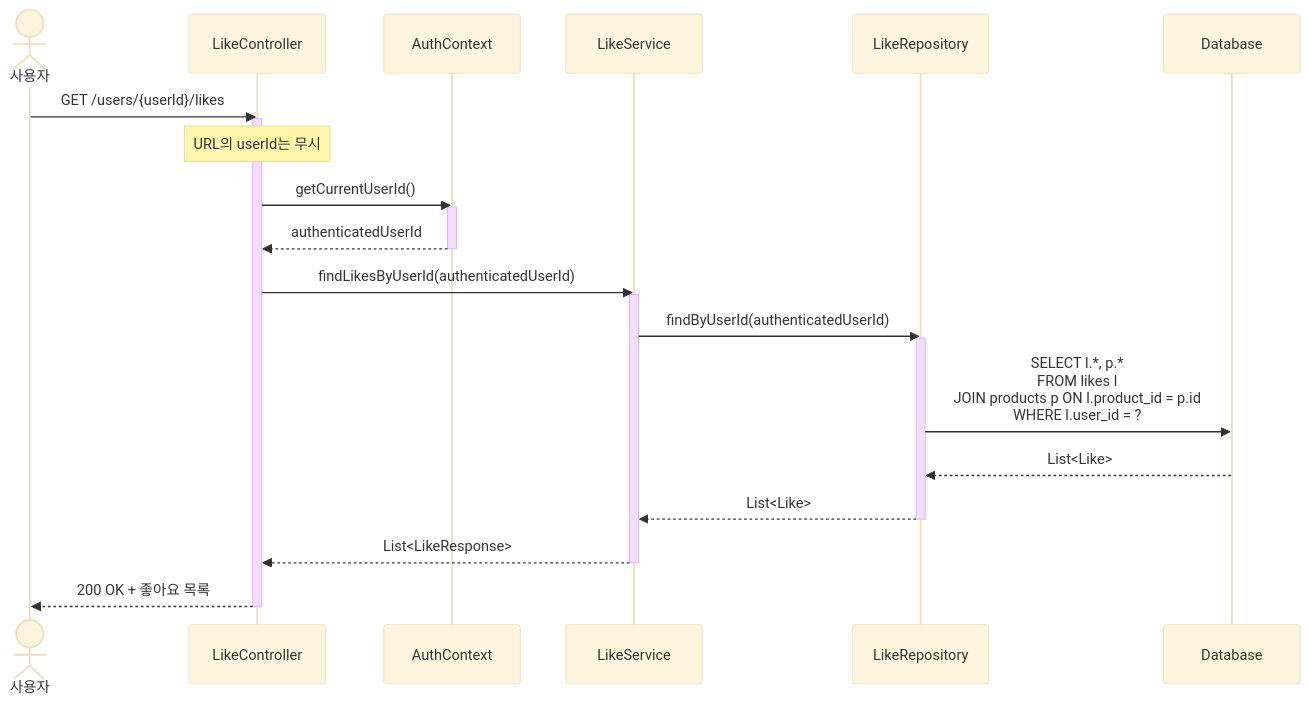
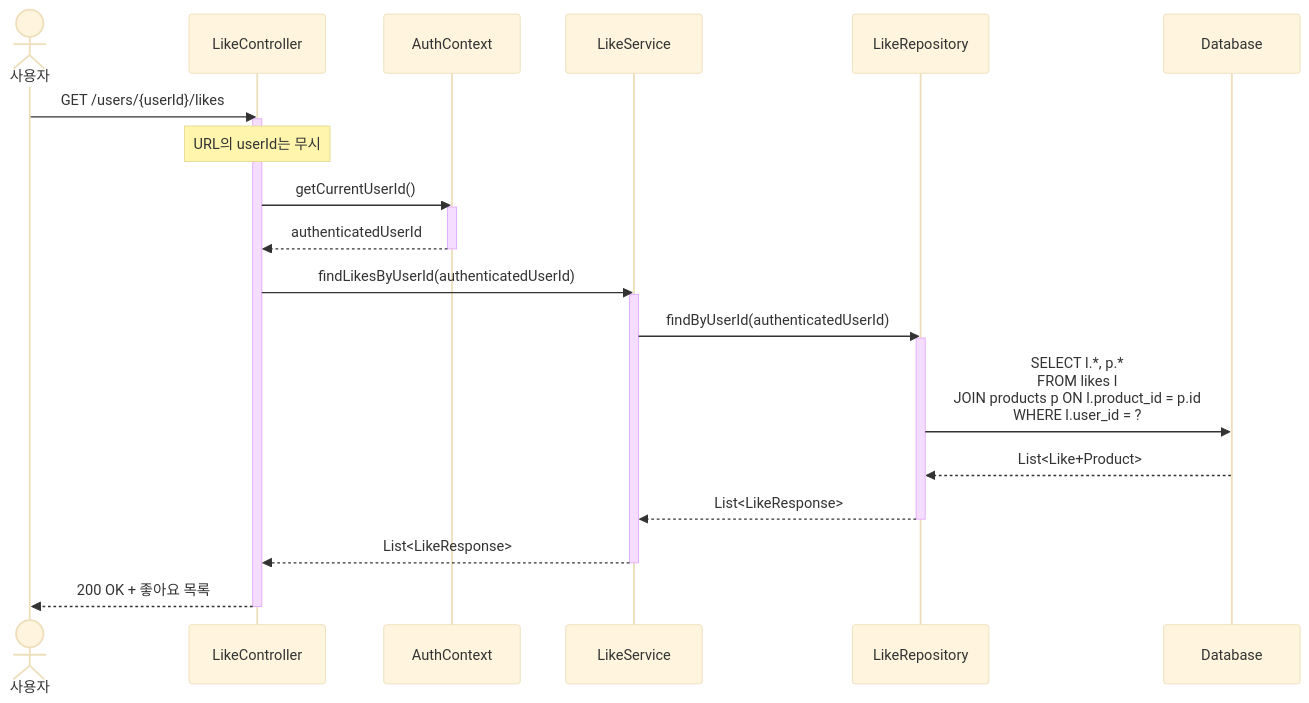
The fourth of 6 diagrams in docs/design/좋아요/02-sequence-diagrams.md (katiekim17/loop-pack-be-l2-vol3-java), drawn with Mermaid (base theme) before and after one commit. The commit also changed other lines of this file and 17 other files, not shown here.

````diff
--- a/docs/design/좋아요/02-sequence-diagrams.md
+++ b/docs/design/좋아요/02-sequence-diagrams.md
@@ -202,35 +228,35 @@
 ```mermaid
 sequenceDiagram
     actor User as 사용자
     participant API as LikeController
     participant Auth as AuthContext
     participant Service as LikeService
     participant Repo as LikeRepository
     participant DB as Database
 
     User->>API: GET /users/{userId}/likes
     activate API
     
     Note over API: URL의 userId는 무시
     
     API->>Auth: getCurrentUserId()
     activate Auth
     Auth-->>API: authenticatedUserId
     deactivate Auth
     
     API->>Service: findLikesByUserId(authenticatedUserId)
     activate Service
     
     Service->>Repo: findByUserId(authenticatedUserId)
     activate Repo
     Repo->>DB: SELECT l.*, p.*<br/>FROM likes l<br/>JOIN products p ON l.product_id = p.id<br/>WHERE l.user_id = ?
-    DB-->>Repo: List<Like>
-    Repo-->>Service: List<Like>
+    DB-->>Repo: List<Like+Product>
+    Repo-->>Service: List<LikeResponse>
     deactivate Repo
     
     Service-->>API: List<LikeResponse>
     deactivate Service
     
     API-->>User: 200 OK + 좋아요 목록
     deactivate API
 ```
````
